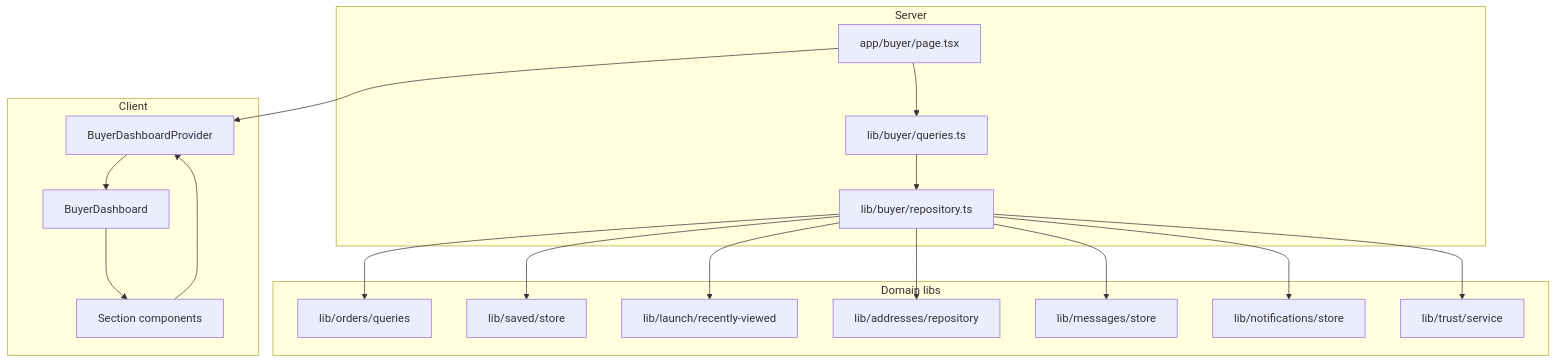
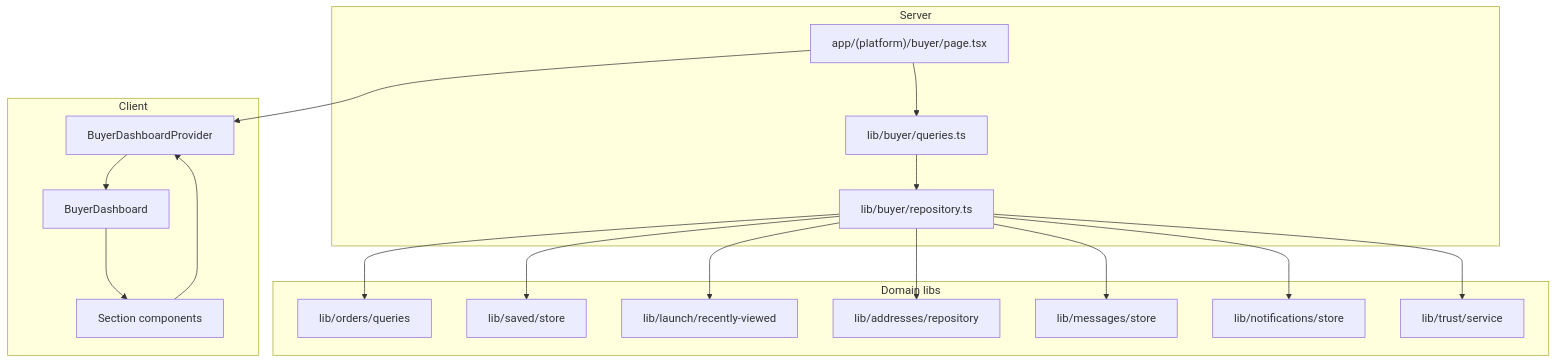
One commit to rovexo-0/ROVEXO changed the diagram in docs/modules/buyer-dashboard/Architecture.md. Above: the diagram before and after it, drawn with Mermaid. The commit also changed other lines of this file and 1709 other files, not shown here.

````diff
--- a/docs/modules/buyer-dashboard/Architecture.md
+++ b/docs/modules/buyer-dashboard/Architecture.md
@@ -9,29 +9,29 @@
 ```mermaid
 flowchart TB
   subgraph server [Server]
-    Page["app/buyer/page.tsx"]
+    Page["app/(platform)/buyer/page.tsx"]
     Queries["lib/buyer/queries.ts"]
     Repo["lib/buyer/repository.ts"]
   end
 
   subgraph client [Client]
     Provider["BuyerDashboardProvider"]
     Dashboard["BuyerDashboard"]
     Sections["Section components"]
   end
 
   subgraph domain [Domain libs]
     Orders["lib/orders/queries"]
     Saved["lib/saved/store"]
     Recent["lib/launch/recently-viewed"]
     Addr["lib/addresses/repository"]
     Msg["lib/messages/store"]
     Notif["lib/notifications/store"]
     Trust["lib/trust/service"]
   end
 
   Page --> Queries --> Repo
   Repo --> Orders & Saved & Recent & Addr & Msg & Notif & Trust
   Page --> Provider --> Dashboard --> Sections
   Sections --> Provider
 ```
````
